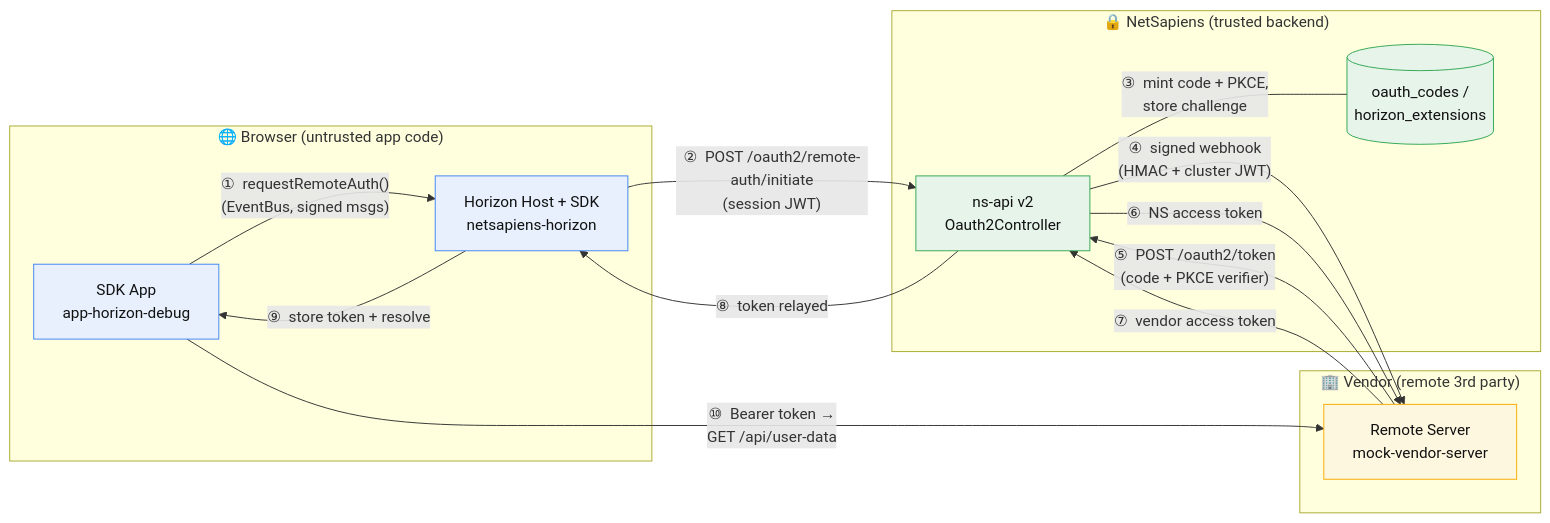
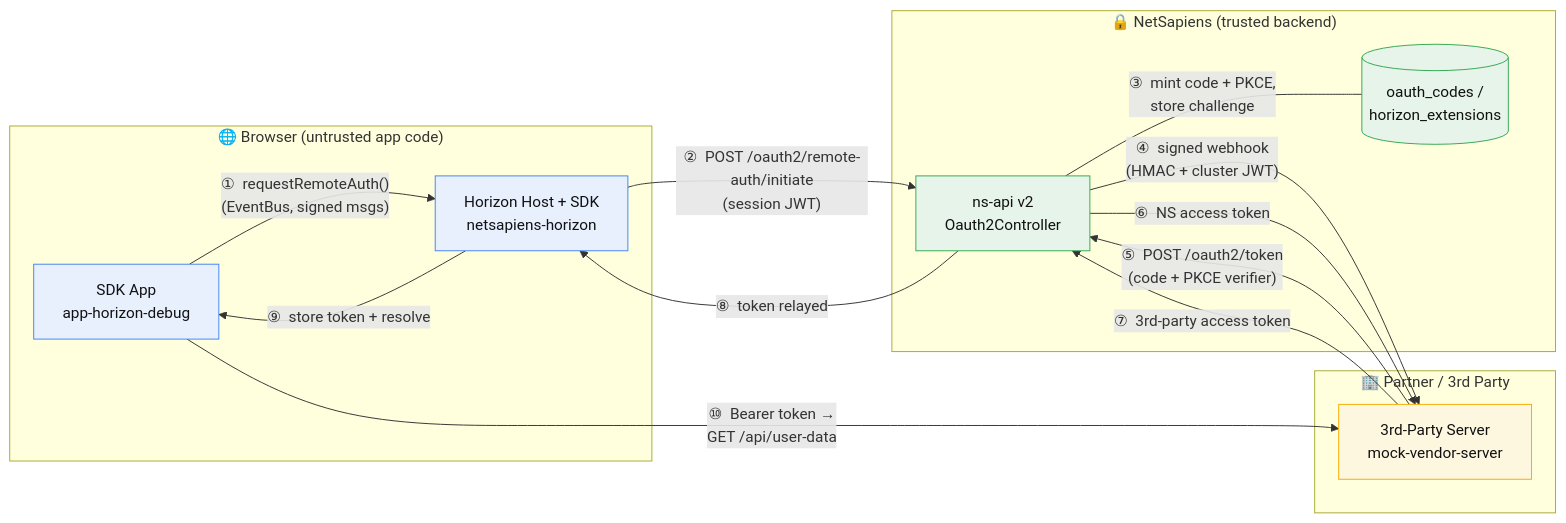
Before and after one commit to aaker/demoAppWithAuth: the first of 2 diagrams in AUTH_FLOW.md, drawn with Mermaid. The commit also changed other lines of this file and 15 other files, not shown here.

First line of the commit message:
Docs: Update remote auth terminology, API calls, and demo endpoints

````diff
--- a/AUTH_FLOW.md
+++ b/AUTH_FLOW.md
@@ -22,32 +22,32 @@
 ```mermaid
 flowchart LR
   subgraph Browser["🌐 Browser (untrusted app code)"]
     APP["SDK App<br/>app-horizon-debug"]
     HOST["Horizon Host + SDK<br/>netsapiens-horizon"]
   end
   subgraph NS["🔒 NetSapiens (trusted backend)"]
     API["ns-api v2<br/>Oauth2Controller"]
     DB[("oauth_codes /<br/>horizon_extensions")]
   end
-  subgraph Vendor["🏢 Vendor (remote 3rd party)"]
-    VEND["Remote Server<br/>mock-vendor-server"]
+  subgraph Vendor["🏢 Partner / 3rd Party"]
+    VEND["3rd-Party Server<br/>mock-vendor-server"]
   end
 
   APP -- "①&nbsp; requestRemoteAuth()<br/>(EventBus, signed msgs)" --> HOST
   HOST -- "②&nbsp; POST /oauth2/remote-auth/initiate<br/>(session JWT)" --> API
   API -- "③&nbsp; mint code + PKCE,<br/>store challenge" --- DB
   API -- "④&nbsp; signed webhook<br/>(HMAC + cluster JWT)" --> VEND
   VEND -- "⑤&nbsp; POST /oauth2/token<br/>(code + PKCE verifier)" --> API
   API -- "⑥&nbsp; NS access token" --> VEND
-  VEND -- "⑦&nbsp; vendor access token" --> API
+  VEND -- "⑦&nbsp; 3rd-party access token" --> API
   API -- "⑧&nbsp; token relayed" --> HOST
   HOST -- "⑨&nbsp; store token + resolve" --> APP
   APP -- "⑩&nbsp; Bearer token →<br/>GET /api/user-data" --> VEND
 
   classDef browser fill:#e8f0fe,stroke:#4285f4,color:#111;
   classDef ns fill:#e6f4ea,stroke:#34a853,color:#111;
   classDef vendor fill:#fef7e0,stroke:#f9ab00,color:#111;
   class APP,HOST browser;
   class API,DB ns;
   class VEND vendor;
 ```
````
